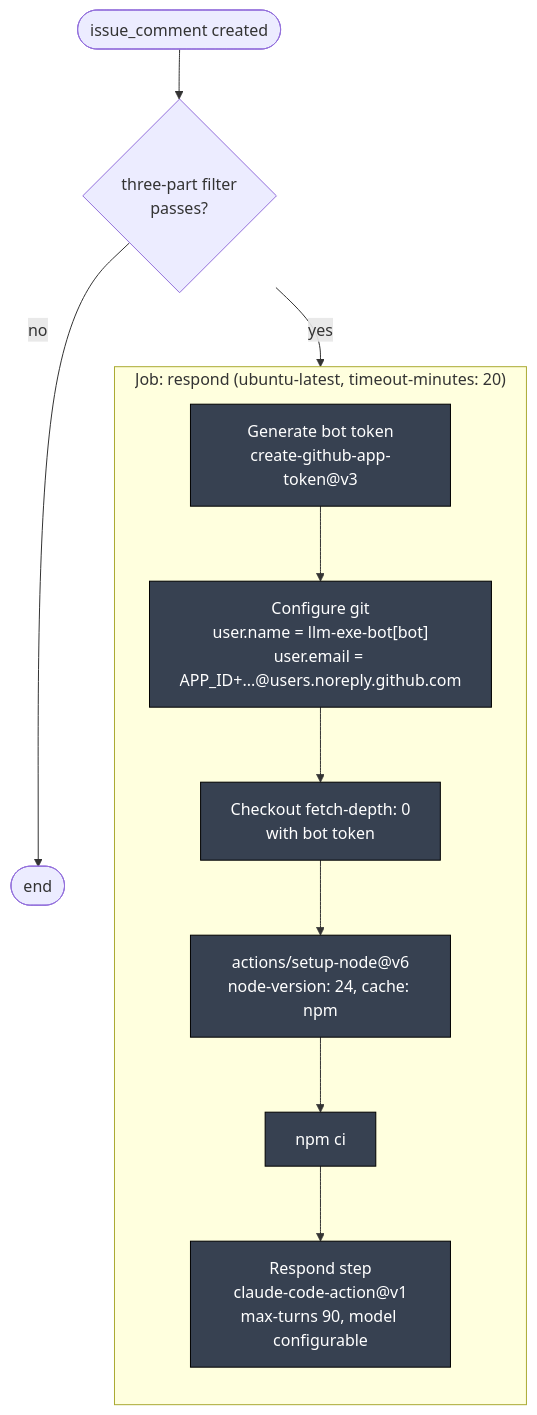
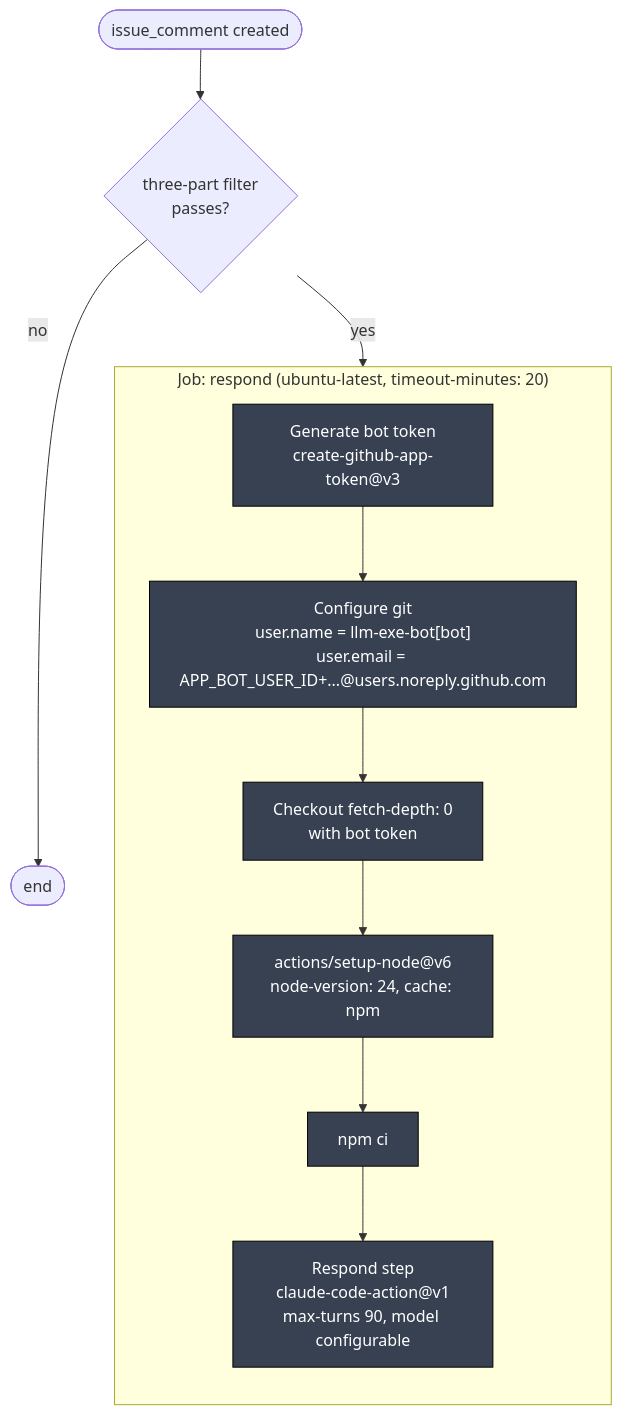
One commit to llm-exe/llm-exe changed the third of 13 diagrams in .github/docs/BOT_RESPOND_DEEP_DIVE.md. Above: the diagram before and after it, drawn with Mermaid. The commit also changed 7 other files, not shown here.

Commit message:
fix: update git user.email configuration to use APP_BOT_USER_ID instead of APP_ID

````diff
--- a/.github/docs/BOT_RESPOND_DEEP_DIVE.md
+++ b/.github/docs/BOT_RESPOND_DEEP_DIVE.md
@@ -142,21 +142,21 @@
 ```mermaid
 flowchart TB
     classDef job fill:#1e3a8a,color:#fff,stroke:#000
     classDef step fill:#374151,color:#fff,stroke:#000
 
     start([issue_comment created])
     start --> filt{three-part filter\npasses?}
     filt -->|no| stop([end])
     filt -->|yes| J
 
     subgraph J["Job: respond (ubuntu-latest, timeout-minutes: 20)"]
         direction TB
         s1["Generate bot token\ncreate-github-app-token@v3"]:::step
-        s2["Configure git\nuser.name = llm-exe-bot[bot]\nuser.email = APP_ID+...@users.noreply.github.com"]:::step
+        s2["Configure git\nuser.name = llm-exe-bot[bot]\nuser.email = APP_BOT_USER_ID+...@users.noreply.github.com"]:::step
         s3["Checkout fetch-depth: 0\nwith bot token"]:::step
         s4["actions/setup-node@v6\nnode-version: 24, cache: npm"]:::step
         s5["npm ci"]:::step
         s6["Respond step\nclaude-code-action@v1\nmax-turns 90, model configurable"]:::step
         s1 --> s2 --> s3 --> s4 --> s5 --> s6
     end
 ```
````
